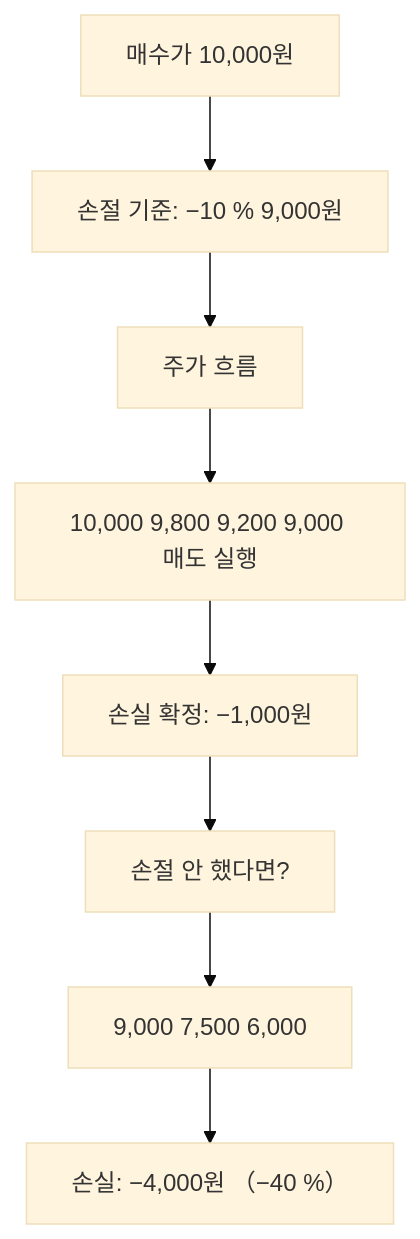
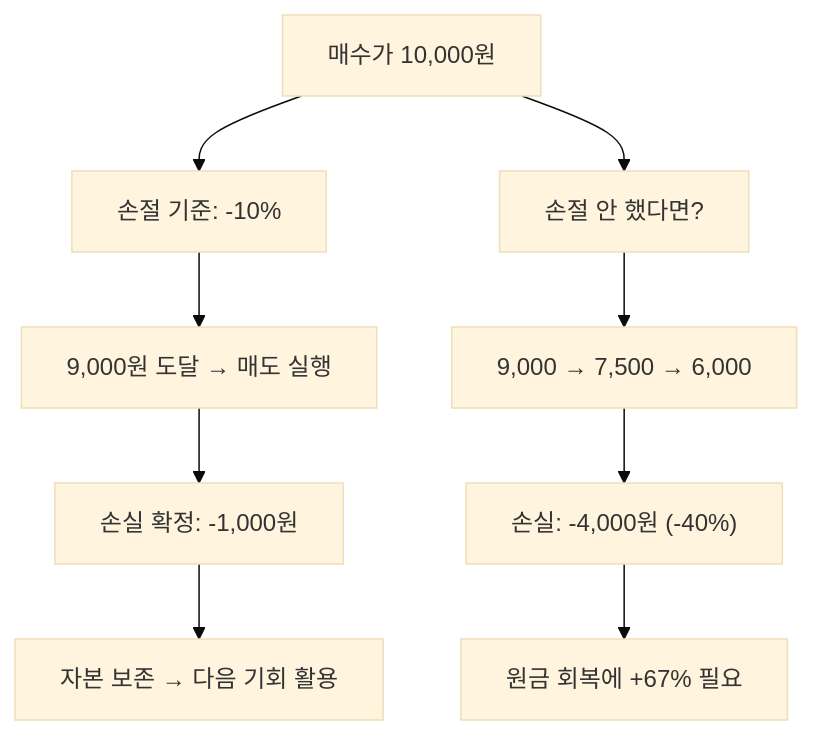
One commit to yeongseon/stock-visual-note changed the diagram in content/stock-terms/ko/level-10-company-analysis/stop-loss.md. Above: the diagram before and after it, drawn with Mermaid (base theme). The commit also changed other lines of this file and 96 other files, not shown here.

Commit message:
Rewrite all 98 remaining articles: branching Mermaid diagrams, natural search_intent, compelling seo_titles, clean descriptions

````diff
--- a/content/stock-terms/ko/level-10-company-analysis/stop-loss.md
+++ b/content/stock-terms/ko/level-10-company-analysis/stop-loss.md
@@ -42,18 +42,12 @@
 ```mermaid
 graph TD
-    N0["매수가 10,000원"]
-    N1["손절 기준: −10 % 9,000원"]
-    N2["주가 흐름"]
-    N3["10,000 9,800 9,200 9,000 매도 실행"]
-    N4["손실 확정: −1,000원"]
-    N5["손절 안 했다면?"]
-    N6["9,000 7,500 6,000"]
-    N7["손실: −4,000원 （−40 %）"]
-    N0 --> N1
-    N1 --> N2
-    N2 --> N3
-    N3 --> N4
-    N4 --> N5
-    N5 --> N6
-    N6 --> N7
+    A["매수가 10,000원"]
+    A --> B["손절 기준: -10%"]
+    B --> C["9,000원 도달 → 매도 실행"]
+    C --> D["손실 확정: -1,000원"]
+    A --> E["손절 안 했다면?"]
+    E --> F["9,000 → 7,500 → 6,000"]
+    F --> G["손실: -4,000원 (-40%)"]
+    G --> H["원금 회복에 +67% 필요"]
+    D --> I["자본 보존 → 다음 기회 활용"]
 ```
````
